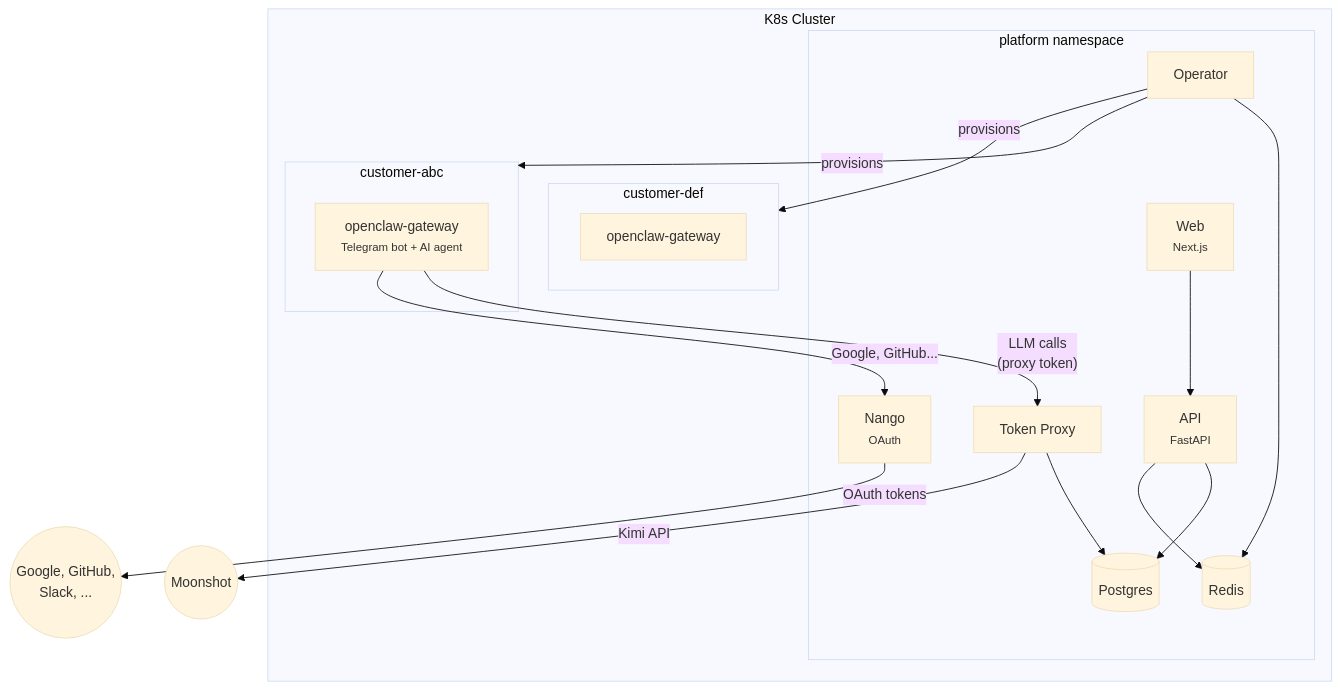
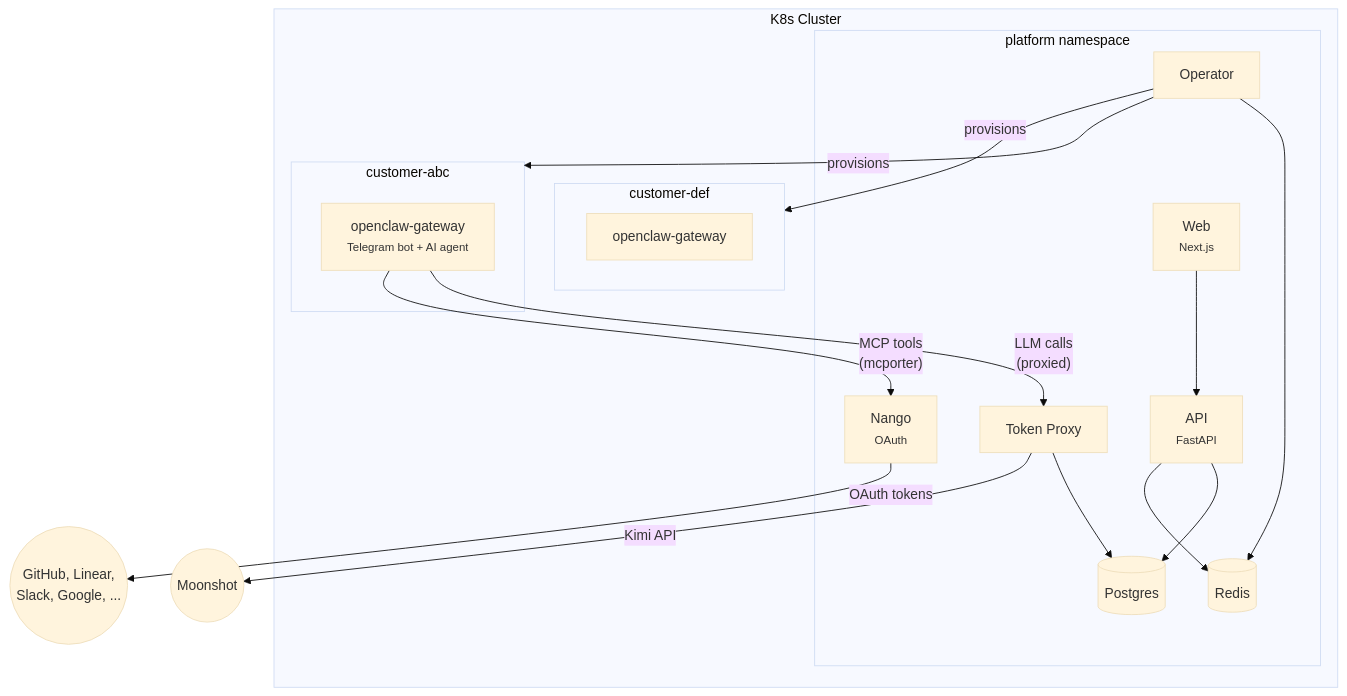
The first of 2 diagrams in README.md (andreabadesso/openclaw-cloud), drawn with Mermaid (base theme) before and after one commit. The commit also changed other lines of this file, not shown here.

Commit message:
docs: rewrite README with full architecture, MCP integration, and project structure

````diff
--- a/README.md
+++ b/README.md
@@ -15,36 +24,36 @@
 ```mermaid
 graph TB
   subgraph cluster["K8s Cluster"]
     subgraph platform["platform namespace"]
       web["Web<br/><small>Next.js</small>"]
       api["API<br/><small>FastAPI</small>"]
       operator["Operator"]
       proxy["Token Proxy"]
       nango["Nango<br/><small>OAuth</small>"]
       pg[("Postgres")]
       redis[("Redis")]
 
       web --> api
       api --> pg
       api --> redis
       operator --> redis
       proxy --> pg
     end
 
     subgraph c1["customer-abc"]
       gw1["openclaw-gateway<br/><small>Telegram bot + AI agent</small>"]
     end
 
     subgraph c2["customer-def"]
       gw2["openclaw-gateway"]
     end
 
-    gw1 -- "LLM calls<br/>(proxy token)" --> proxy
-    gw1 -- "Google, GitHub..." --> nango
+    gw1 -- "LLM calls<br/>(proxied)" --> proxy
+    gw1 -- "MCP tools<br/>(mcporter)" --> nango
     operator -- "provisions" --> c1
     operator -- "provisions" --> c2
   end
 
   proxy -- "Kimi API" --> moonshot(("Moonshot"))
-  nango -- "OAuth tokens" --> google(("Google, GitHub,<br/>Slack, ..."))
+  nango -- "OAuth tokens" --> providers(("GitHub, Linear,<br/>Slack, Google, ..."))
 ```
````
